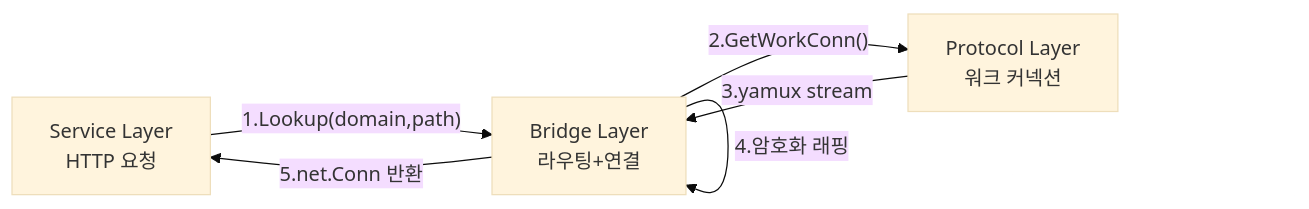
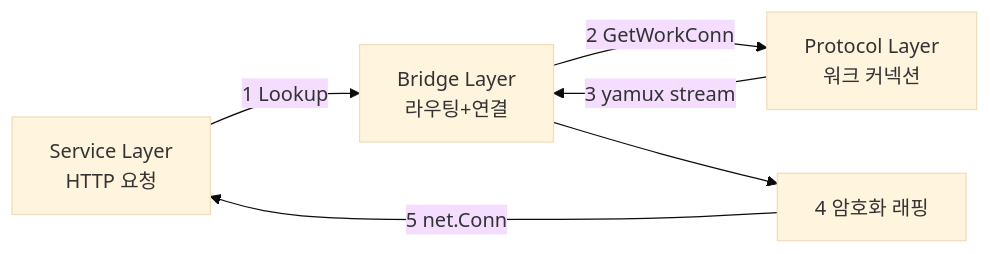
The first of 8 diagrams in docs/architecture/bridge-layer.md (cagojeiger/drp), drawn with Mermaid (base theme) before and after one commit. The commit also changed other lines of this file and 2 other files, not shown here.

Commit message:
fix(docs): fix Mermaid syntax for VS Code compatibility
- Remove hyphens from subgraph/node IDs
- Replace Korean text in edge labels with English
- Fix self-referencing edges
- Fix alt/else labels in sequence diagrams
- Ensure all referenced nodes are declared

````diff
--- a/docs/architecture/bridge-layer.md
+++ b/docs/architecture/bridge-layer.md
@@ -8,12 +8,12 @@
 ```mermaid
 flowchart LR
     SL[Service Layer<br/>HTTP 요청]
     BL[Bridge Layer<br/>라우팅+연결]
     PL[Protocol Layer<br/>워크 커넥션]
 
-    SL -->|"1.Lookup(domain,path)"| BL
-    BL -->|"2.GetWorkConn()"| PL
-    PL -->|"3.yamux stream"| BL
-    BL -->|"4.암호화 래핑"| BL
-    BL -->|"5.net.Conn 반환"| SL
+    SL -->|1 Lookup| BL
+    BL -->|2 GetWorkConn| PL
+    PL -->|3 yamux stream| BL
+    BL --> Wrap["4 암호화 래핑"]
+    Wrap -->|5 net.Conn| SL
 ```
````
